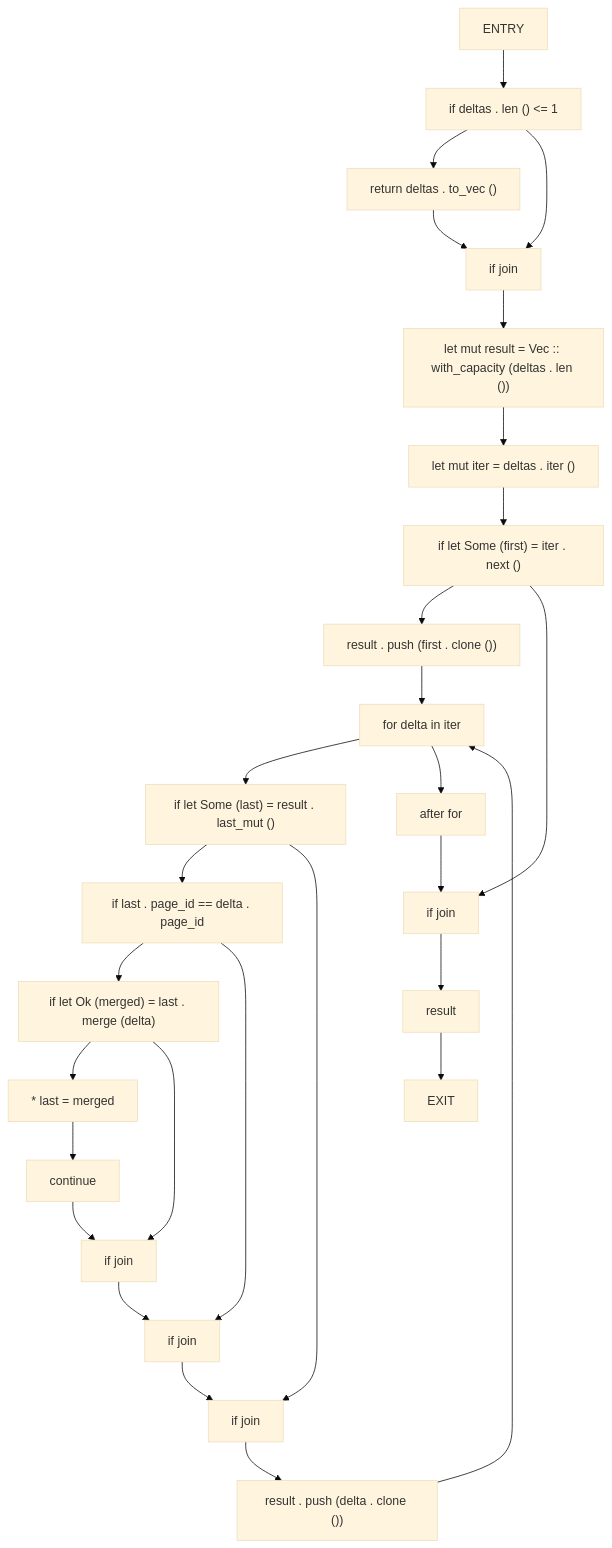
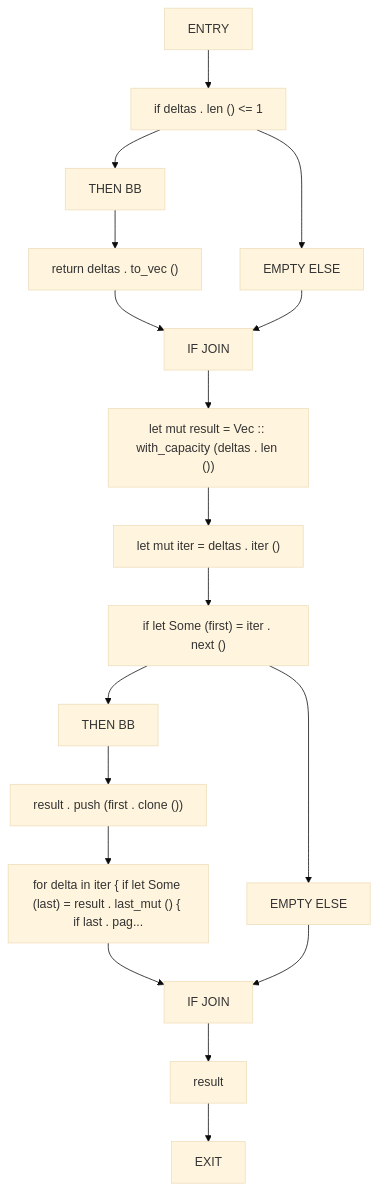
The sixth of 40 diagrams in docs/analysis/cfg/010-src-01_page.md (cicero-violate/MMSB), drawn with Mermaid (base theme) before and after one commit. The commit also changed other lines of this file and 865 other files, not shown here.

````diff
--- a/docs/analysis/cfg/010-src-01_page.md
+++ b/docs/analysis/cfg/010-src-01_page.md
@@ -177,52 +141,36 @@
 ```mermaid
 flowchart TD
     compact_0["ENTRY"]
     compact_1["if deltas . len () <= 1"]
-    compact_2["return deltas . to_vec ()"]
-    compact_3["if join"]
-    compact_4["let mut result = Vec :: with_capacity (deltas . len ())"]
-    compact_5["let mut iter = deltas . iter ()"]
-    compact_6["if let Some (first) = iter . next ()"]
-    compact_7["result . push (first . clone ())"]
-    compact_8["for delta in iter"]
-    compact_9["if let Some (last) = result . last_mut ()"]
-    compact_10["if last . page_id == delta . page_id"]
-    compact_11["if let Ok (merged) = last . merge (delta)"]
-    compact_12["* last = merged"]
-    compact_13["continue"]
-    compact_14["if join"]
-    compact_15["if join"]
-    compact_16["if join"]
-    compact_17["result . push (delta . clone ())"]
-    compact_18["after for"]
-    compact_19["if join"]
-    compact_20["result"]
-    compact_21["EXIT"]
+    compact_2["THEN BB"]
+    compact_3["return deltas . to_vec ()"]
+    compact_4["EMPTY ELSE"]
+    compact_5["IF JOIN"]
+    compact_6["let mut result = Vec :: with_capacity (deltas . len ())"]
+    compact_7["let mut iter = deltas . iter ()"]
+    compact_8["if let Some (first) = iter . next ()"]
+    compact_9["THEN BB"]
+    compact_10["result . push (first . clone ())"]
+    compact_11["for delta in iter { if let Some (last) = result . last_mut () { if last . pag..."]
+    compact_12["EMPTY ELSE"]
+    compact_13["IF JOIN"]
+    compact_14["result"]
+    compact_15["EXIT"]
     compact_0 --> compact_1
     compact_1 --> compact_2
     compact_2 --> compact_3
-    compact_1 --> compact_3
-    compact_3 --> compact_4
+    compact_1 --> compact_4
+    compact_3 --> compact_5
     compact_4 --> compact_5
     compact_5 --> compact_6
     compact_6 --> compact_7
     compact_7 --> compact_8
     compact_8 --> compact_9
     compact_9 --> compact_10
     compact_10 --> compact_11
-    compact_11 --> compact_12
+    compact_8 --> compact_12
+    compact_11 --> compact_13
     compact_12 --> compact_13
     compact_13 --> compact_14
-    compact_11 --> compact_14
     compact_14 --> compact_15
-    compact_10 --> compact_15
-    compact_15 --> compact_16
-    compact_9 --> compact_16
-    compact_16 --> compact_17
-    compact_17 --> compact_8
-    compact_8 --> compact_18
-    compact_18 --> compact_19
-    compact_6 --> compact_19
-    compact_19 --> compact_20
-    compact_20 --> compact_21
 ```
````
